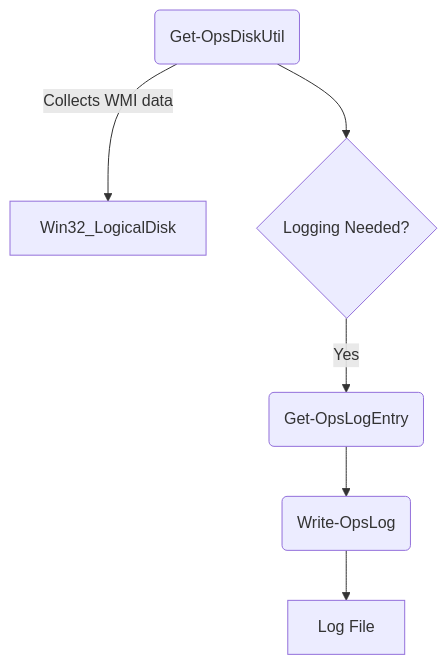
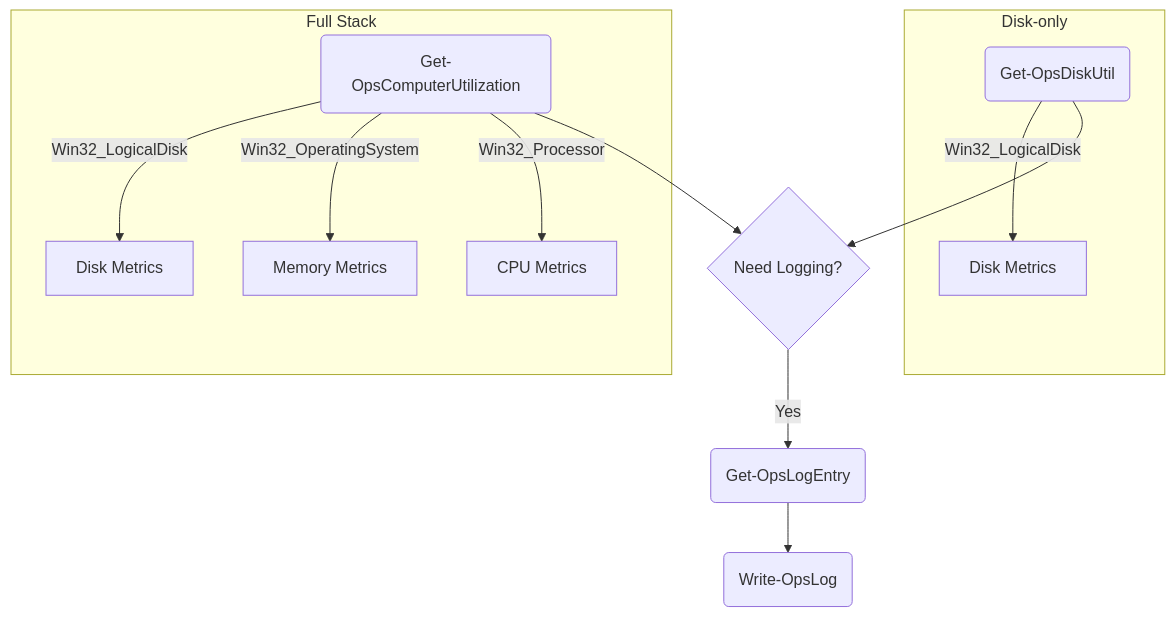
Before and after one commit to ecaha/polyglot: the diagram in ModuleScenario/ModuleDoc.md, drawn with Mermaid. The commit also changed other lines of this file and 2 other files, not shown here.

Commit message:
added computer utilization

````diff
--- a/ModuleScenario/ModuleDoc.md
+++ b/ModuleScenario/ModuleDoc.md
@@ -62,8 +63,14 @@
 ```mermaid
 flowchart TD
-    A(Get-OpsDiskUtil) -->|Collects WMI data| B[Win32_LogicalDisk]
-    A --> C{Logging Needed?}
-    C -->|Yes| D(Get-OpsLogEntry)
-    D --> E(Write-OpsLog)
-    E --> F[Log File]
+    subgraph Disk-only
+        A(Get-OpsDiskUtil) -->|Win32_LogicalDisk| B[Disk Metrics]
+    end
+    subgraph Full Stack
+        C(Get-OpsComputerUtilization) -->|Win32_LogicalDisk| D[Disk Metrics]
+        C -->|Win32_OperatingSystem| E[Memory Metrics]
+        C -->|Win32_Processor| F[CPU Metrics]
+    end
+    A & C --> G{Need Logging?}
+    G -->|Yes| H(Get-OpsLogEntry)
+    H --> I(Write-OpsLog)
 ```
````
